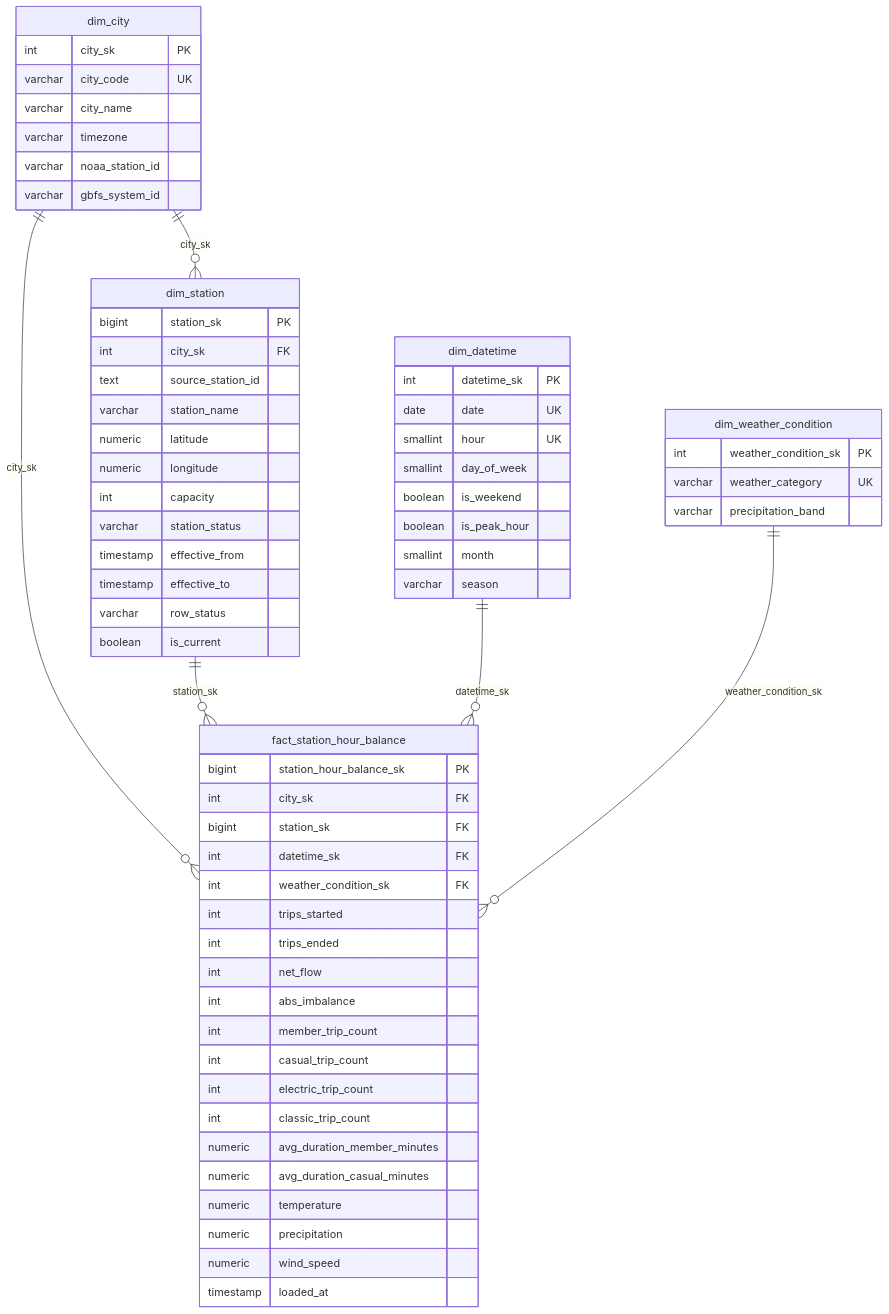
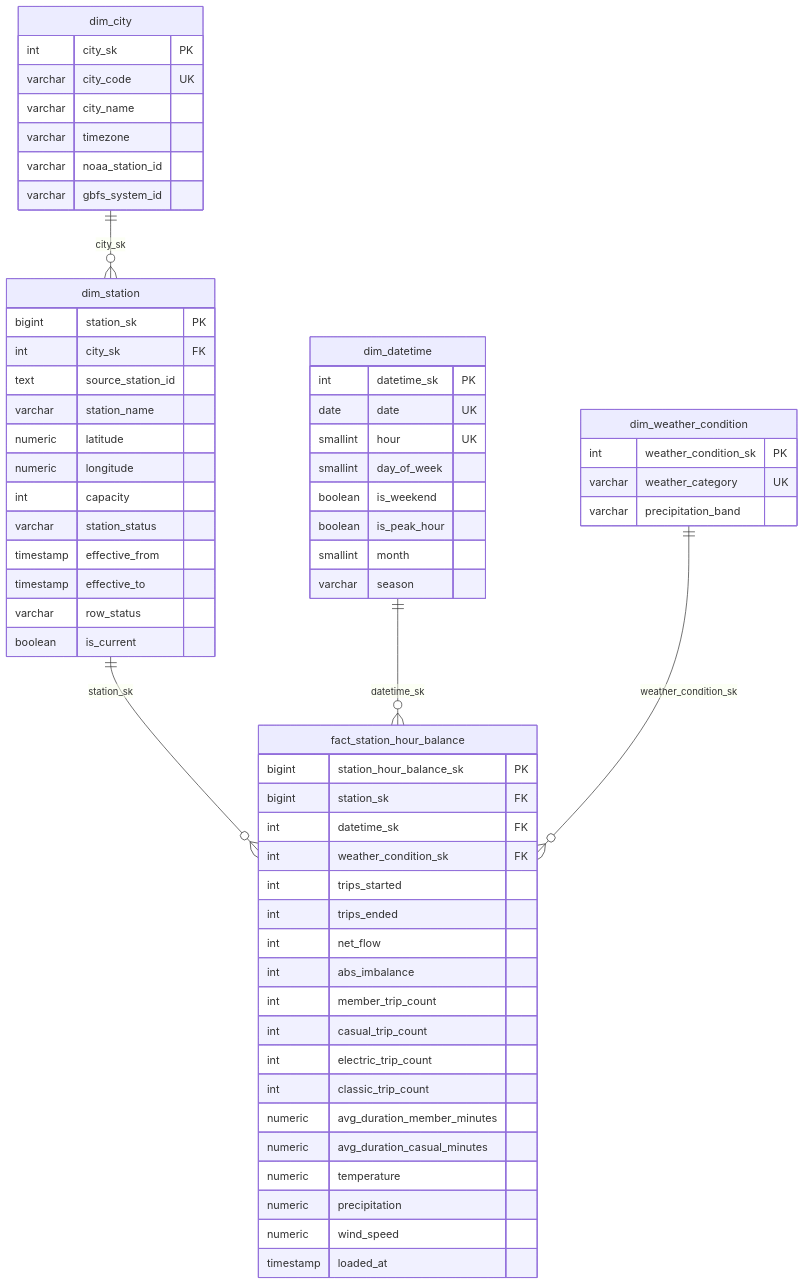
The sixth of 7 diagrams in 4_Official_Hop_Project/README.md (1653072/hcmus-master-is-bi), drawn with Mermaid before and after one commit. The commit also changed other lines of this file and 1 other file, not shown here.

Commit message:
Cập nhật thiết kế sơ đồ DDS Snowflake trong README và official_topic

````diff
--- a/4_Official_Hop_Project/README.md
+++ b/4_Official_Hop_Project/README.md
@@ -939,66 +939,64 @@
 ```mermaid
 erDiagram
   dim_city {
     int city_sk PK
     varchar city_code UK
     varchar city_name
     varchar timezone
     varchar noaa_station_id
     varchar gbfs_system_id
   }
   dim_station {
     bigint station_sk PK
     int city_sk FK
     text source_station_id
     varchar station_name
     numeric latitude
     numeric longitude
     int capacity
     varchar station_status
     timestamp effective_from
     timestamp effective_to
     varchar row_status
     boolean is_current
   }
   dim_datetime {
     int datetime_sk PK
     date date UK
     smallint hour UK
     smallint day_of_week
     boolean is_weekend
     boolean is_peak_hour
     smallint month
     varchar season
   }
   dim_weather_condition {
     int weather_condition_sk PK
     varchar weather_category UK
     varchar precipitation_band
   }
   fact_station_hour_balance {
     bigint station_hour_balance_sk PK
-    int city_sk FK
     bigint station_sk FK
     int datetime_sk FK
     int weather_condition_sk FK
     int trips_started
     int trips_ended
     int net_flow
     int abs_imbalance
     int member_trip_count
     int casual_trip_count
     int electric_trip_count
     int classic_trip_count
     numeric avg_duration_member_minutes
     numeric avg_duration_casual_minutes
     numeric temperature
     numeric precipitation
     numeric wind_speed
     timestamp loaded_at
   }
-  dim_city ||--o{ fact_station_hour_balance : city_sk
   dim_station ||--o{ fact_station_hour_balance : station_sk
   dim_datetime ||--o{ fact_station_hour_balance : datetime_sk
   dim_weather_condition ||--o{ fact_station_hour_balance : weather_condition_sk
   dim_city ||--o{ dim_station : city_sk
 ```
````
